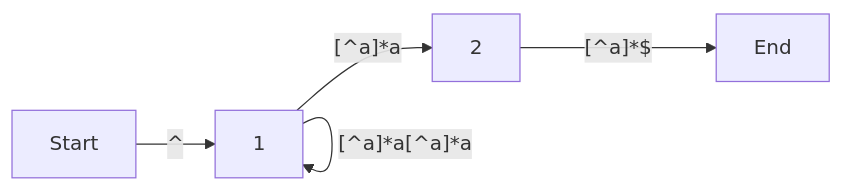
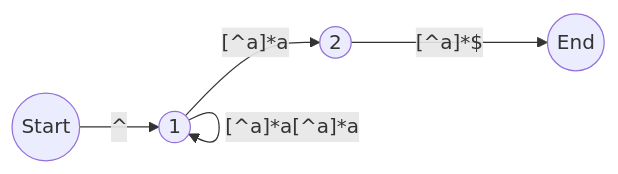
Before and after one commit to tdzl2003/leetcode_live: the third of 11 diagrams in regexp/20220102.md, drawn with Mermaid. The commit also changed other lines of this file, not shown here.

Commit message:
DFA用圆形图示

````diff
--- a/regexp/20220102.md
+++ b/regexp/20220102.md
@@ -21,7 +29,11 @@
 ```mermaid
 graph LR
+    Start((Start))
+    1((1))
+    2((2))
+    End((End))
     Start -- ^ --> 1
     1 -- "[^a]*a" --> 2
     1 -- "[^a]*a[^a]*a" --> 1
     2 -- "[^a]*$" --> End
 ```
````
